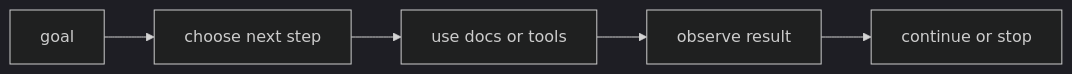
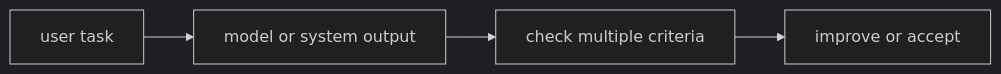
The diagram in docs/parts/part-05/chapter-15/section-01.md (devchan64/AiBook), drawn with Mermaid (dark theme) before and after one commit. The commit also changed other lines of this file and 47 other files, not shown here.

````diff
--- a/docs/parts/part-05/chapter-15/section-01.md
+++ b/docs/parts/part-05/chapter-15/section-01.md
@@ -168,10 +148,9 @@
 ```mermaid
 flowchart LR
-  A["goal"]
-  B["choose next step"]
-  C["use docs or tools"]
-  D["observe result"]
-  E["continue or stop"]
+  A["user task"]
+  B["model or system output"]
+  C["check multiple criteria"]
+  D["improve or accept"]
 
-  A --> B --> C --> D --> E
+  A --> B --> C --> D
 ```
````
